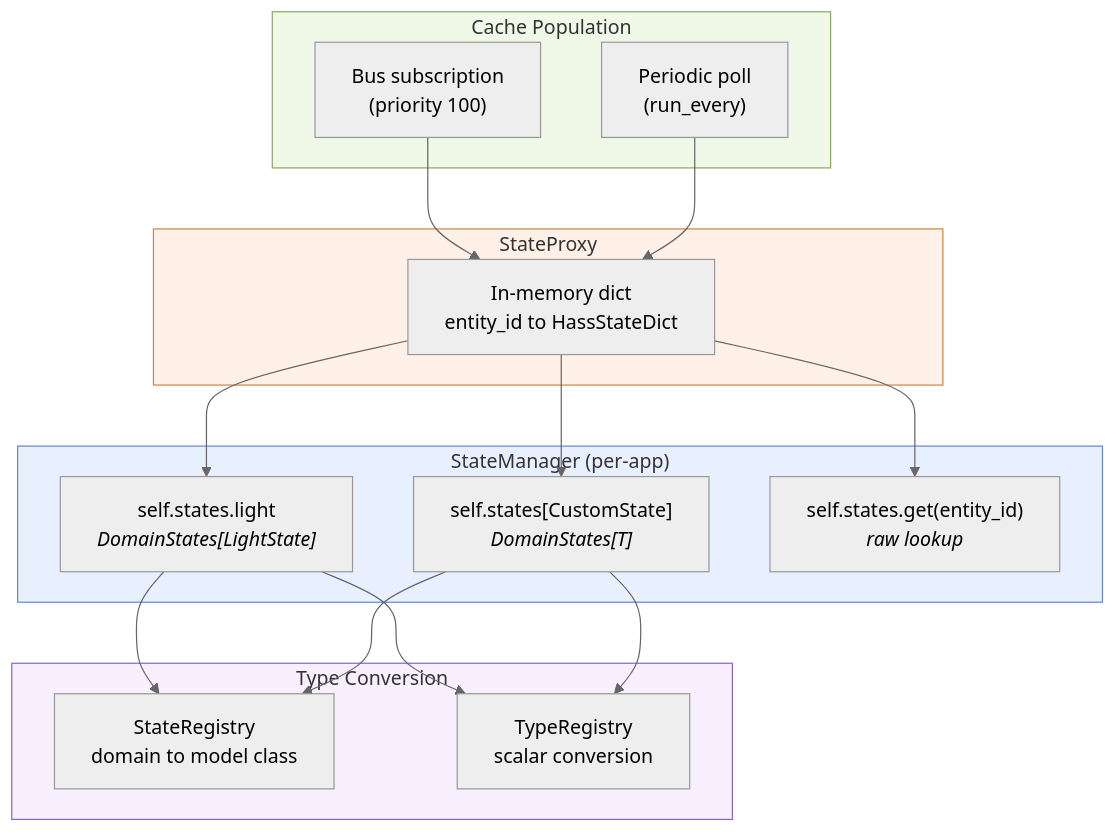
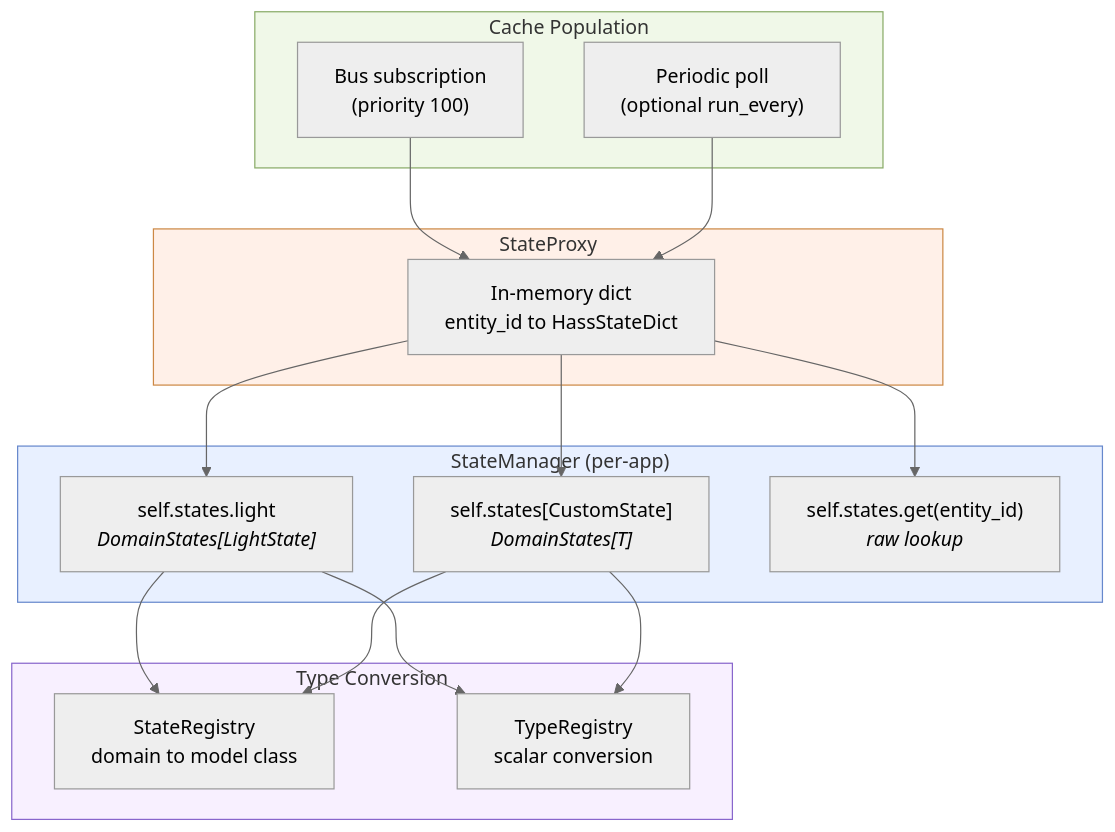
One commit to NodeJSmith/hassette changed the third of 5 diagrams in docs/pages/core-concepts/internals/service-details.md. Above: the diagram before and after it, drawn with Mermaid (neutral theme). The commit also changed other lines of this file, not shown here.

````diff
--- a/docs/pages/core-concepts/internals/service-details.md
+++ b/docs/pages/core-concepts/internals/service-details.md
@@ -158,35 +163,35 @@
 ```mermaid
 flowchart TD
     accTitle: State Management
     accDescr: How entity states flow from HA through the cache to typed app access
 
     subgraph sources["Cache Population"]
         bus_sub["Bus subscription<br/>(priority 100)"]
-        poll["Periodic poll<br/>(run_every)"]
+        poll["Periodic poll<br/>(optional run_every)"]
     end
 
     subgraph proxy["StateProxy"]
         cache["In-memory dict<br/>entity_id to HassStateDict"]
     end
 
     subgraph access["StateManager (per-app)"]
         attr["self.states.light<br/><i>DomainStates[LightState]</i>"]
         item["self.states[CustomState]<br/><i>DomainStates[T]</i>"]
         get["self.states.get(entity_id)<br/><i>raw lookup</i>"]
     end
 
     subgraph convert["Type Conversion"]
         SR["StateRegistry<br/>domain to model class"]
         TR["TypeRegistry<br/>scalar conversion"]
     end
 
     bus_sub --> cache
     poll --> cache
     cache --> attr & item & get
     attr & item --> SR & TR
 
     style sources fill:#f0f8e8,stroke:#88aa66
     style proxy fill:#fff0e8,stroke:#cc8844
     style access fill:#e8f0ff,stroke:#6688cc
     style convert fill:#f8f0ff,stroke:#8866cc
 ```
````
